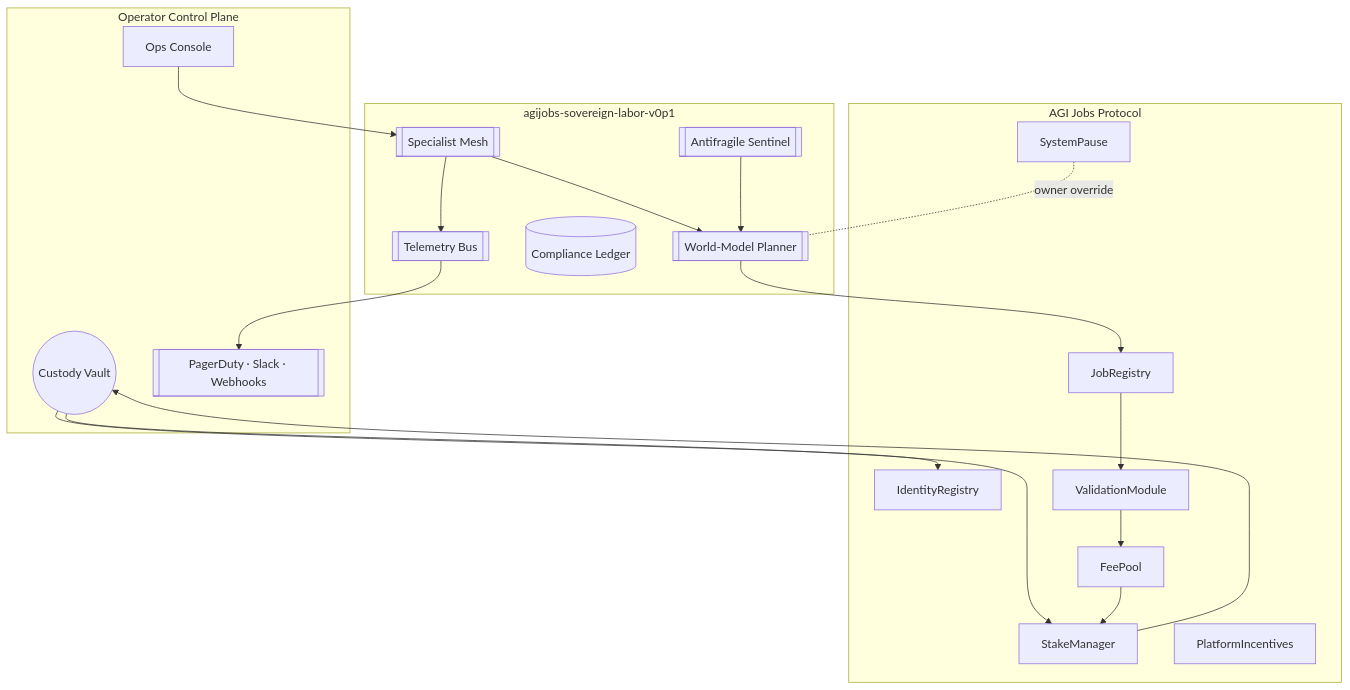
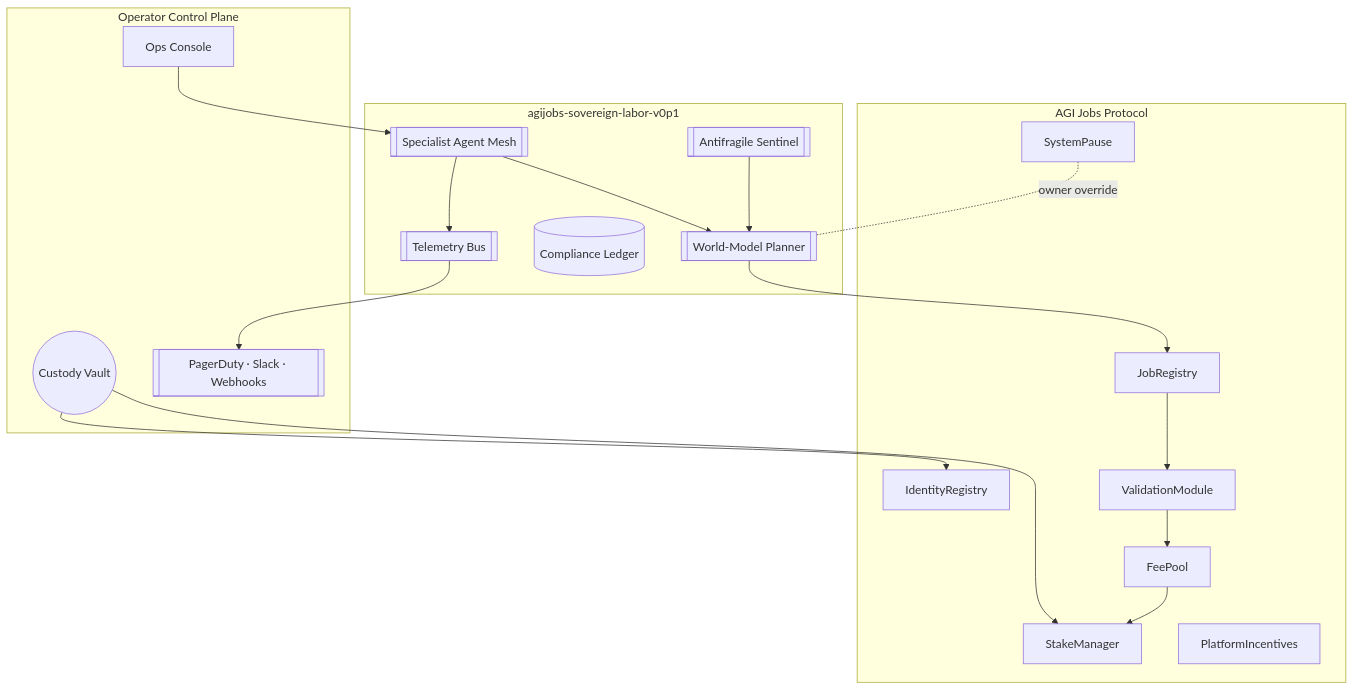
Before and after one commit to MontrealAI/AGI-Alpha-Node-v0: the first of 3 diagrams in README.md, drawn with Mermaid. The commit also changed other lines of this file, not shown here.

````diff
--- a/README.md
+++ b/README.md
@@ -75,40 +80,39 @@
 ```mermaid
 flowchart TB
     subgraph ControlPlane[Operator Control Plane]
         Wallet((Custody Vault))
         Console[Ops Console]
         Alerts[[PagerDuty · Slack · Webhooks]]
     end
 
     subgraph SovereignNode[agijobs-sovereign-labor-v0p1]
         Planner[[World-Model Planner]]
-        Orchestrator[[Specialist Mesh]]
+        Mesh[[Specialist Agent Mesh]]
         Sentinel[[Antifragile Sentinel]]
         Ledger[(Compliance Ledger)]
         Telemetry[[Telemetry Bus]]
     end
 
     subgraph ProtocolCore[AGI Jobs Protocol]
         IdentityRegistry
         StakeManager
         PlatformIncentives
         JobRegistry
         ValidationModule
         FeePool
         SystemPause
     end
 
     Wallet --> IdentityRegistry
     Wallet --> StakeManager
-    Console --> Orchestrator
-    Orchestrator --> Planner
+    Console --> Mesh
+    Mesh --> Planner
     Planner --> JobRegistry
     JobRegistry --> ValidationModule
     ValidationModule --> FeePool
     FeePool --> StakeManager
-    StakeManager --> Wallet
-    Orchestrator --> Telemetry
+    Mesh --> Telemetry
     Telemetry --> Alerts
     Sentinel --> Planner
     SystemPause -. owner override .- Planner
 ```
````
